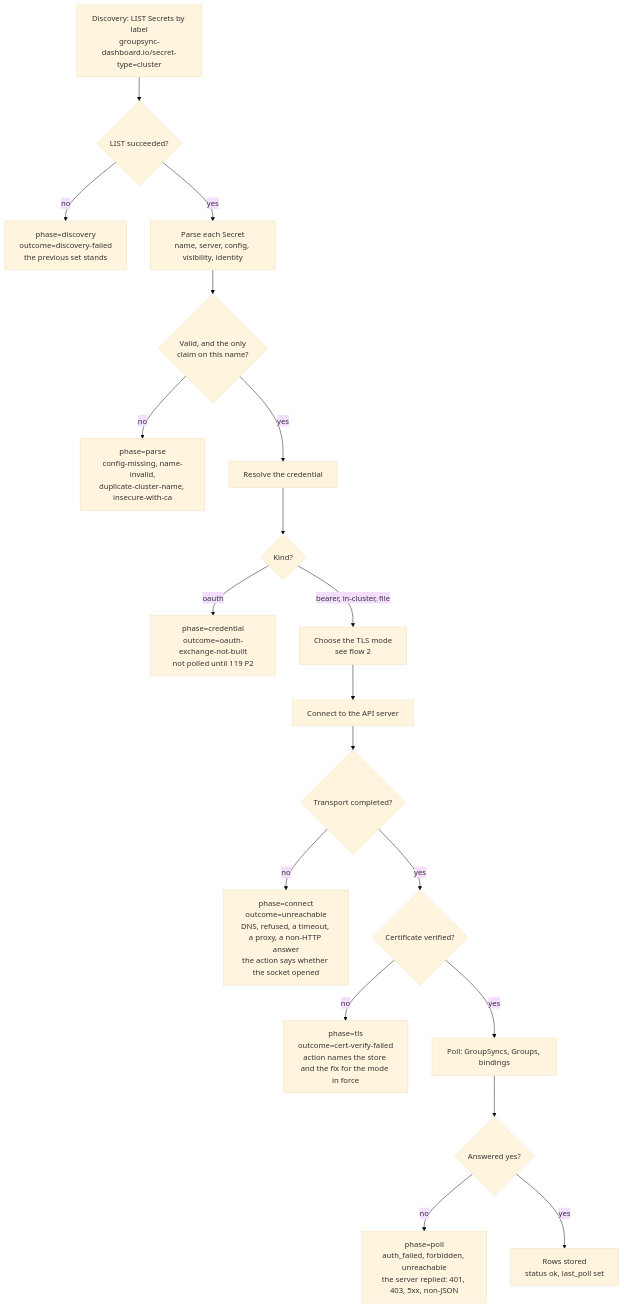
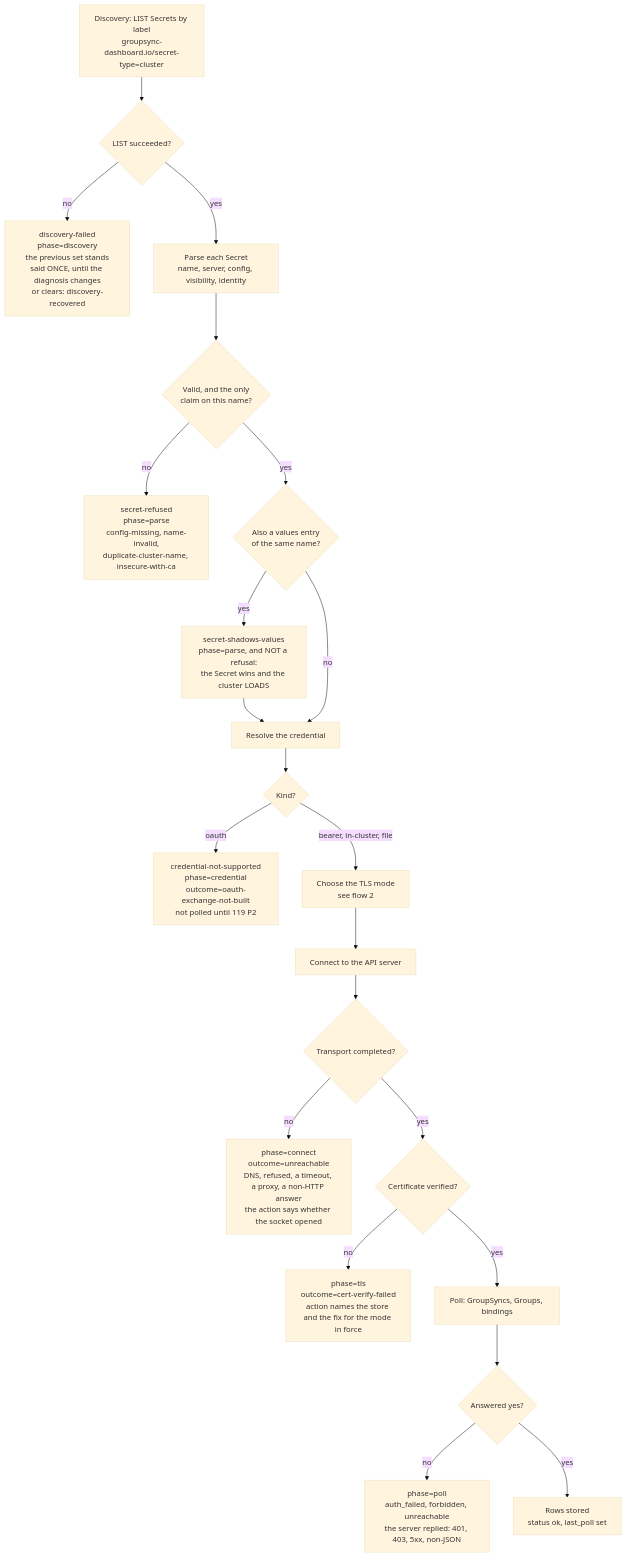
One commit to ephico2real2/group-sync-dashboard changed the first of 4 diagrams in docs/DESIGN_cluster_connection_flows.md. Above: the diagram before and after it, drawn with Mermaid (base theme). The commit also changed other lines of this file and 7 other files, not shown here.

````diff
--- a/docs/DESIGN_cluster_connection_flows.md
+++ b/docs/DESIGN_cluster_connection_flows.md
@@ -25,21 +25,24 @@
 ```mermaid
 flowchart TD
     A["Discovery: LIST Secrets by label<br/>groupsync-dashboard.io/secret-type=cluster"] --> B{"LIST succeeded?"}
-    B -- "no" --> BF["phase=discovery<br/>outcome=discovery-failed<br/>the previous set stands"]
+    B -- "no" --> BF["discovery-failed<br/>phase=discovery<br/>the previous set stands<br/>said ONCE, until the diagnosis changes<br/>or clears: discovery-recovered"]
     B -- "yes" --> C["Parse each Secret<br/>name, server, config, visibility, identity"]
     C --> D{"Valid, and the only<br/>claim on this name?"}
-    D -- "no" --> DF["phase=parse<br/>config-missing, name-invalid,<br/>duplicate-cluster-name, insecure-with-ca"]
-    D -- "yes" --> E["Resolve the credential"]
+    D -- "no" --> DF["secret-refused<br/>phase=parse<br/>config-missing, name-invalid,<br/>duplicate-cluster-name, insecure-with-ca"]
+    D -- "yes" --> DS{"Also a values entry<br/>of the same name?"}
+    DS -- "yes" --> DSW["secret-shadows-values<br/>phase=parse, and NOT a refusal:<br/>the Secret wins and the cluster LOADS"]
+    DSW --> E["Resolve the credential"]
+    DS -- "no" --> E
     E --> F{"Kind?"}
-    F -- "oauth" --> FF["phase=credential<br/>outcome=oauth-exchange-not-built<br/>not polled until 119 P2"]
+    F -- "oauth" --> FF["credential-not-supported<br/>phase=credential<br/>outcome=oauth-exchange-not-built<br/>not polled until 119 P2"]
     F -- "bearer, in-cluster, file" --> G["Choose the TLS mode<br/>see flow 2"]
     G --> H["Connect to the API server"]
     H --> H2{"Transport completed?"}
     H2 -- "no" --> HF["phase=connect<br/>outcome=unreachable<br/>DNS, refused, a timeout, a proxy, a non-HTTP answer<br/>the action says whether the socket opened"]
     H2 -- "yes" --> I{"Certificate verified?"}
     I -- "no" --> IF["phase=tls<br/>outcome=cert-verify-failed<br/>action names the store and the fix for the mode in force"]
     I -- "yes" --> J["Poll: GroupSyncs, Groups, bindings"]
     J --> K{"Answered yes?"}
     K -- "no" --> KF["phase=poll<br/>auth_failed, forbidden, unreachable<br/>the server replied: 401, 403, 5xx, non-JSON"]
     K -- "yes" --> L["Rows stored<br/>status ok, last_poll set"]
 ```
````
